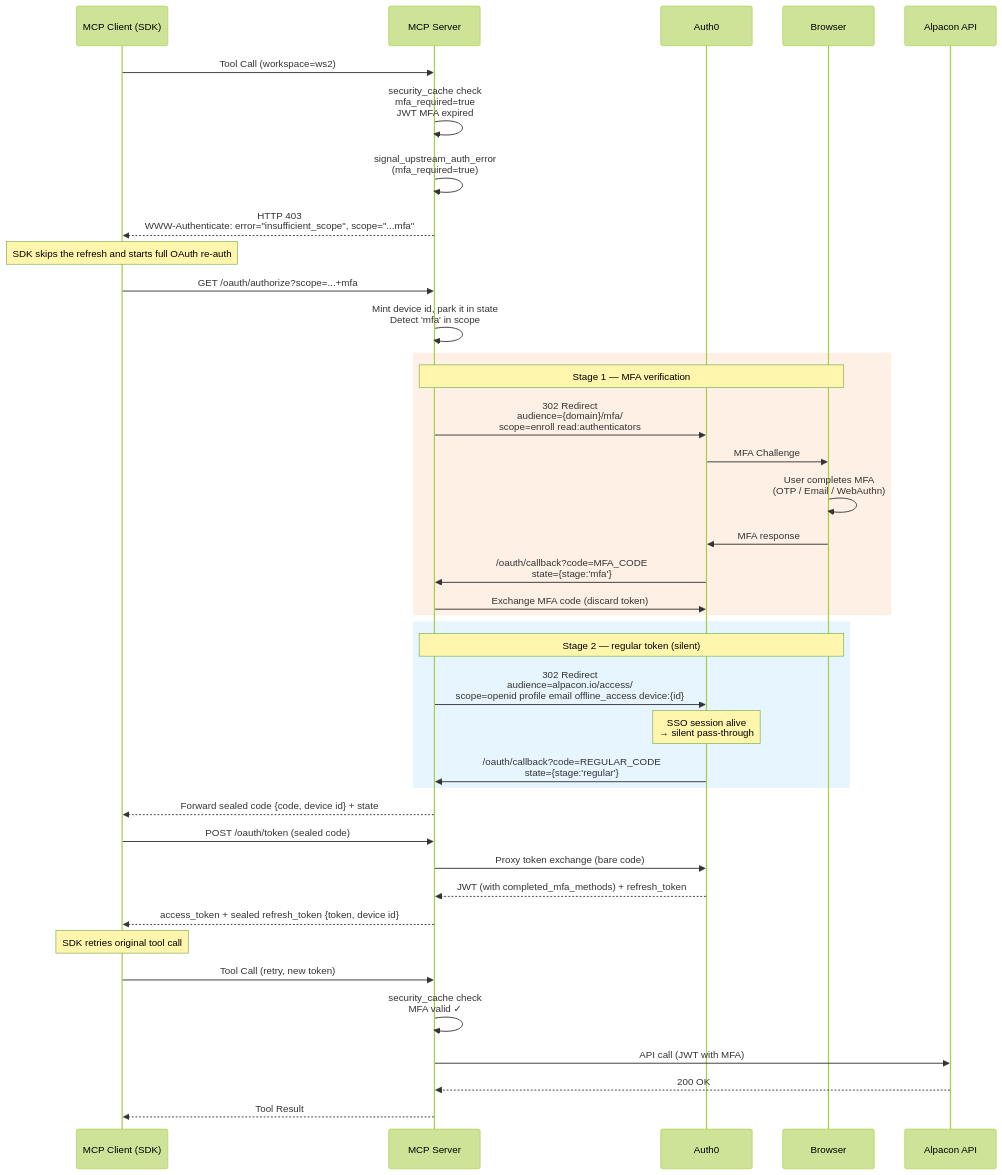
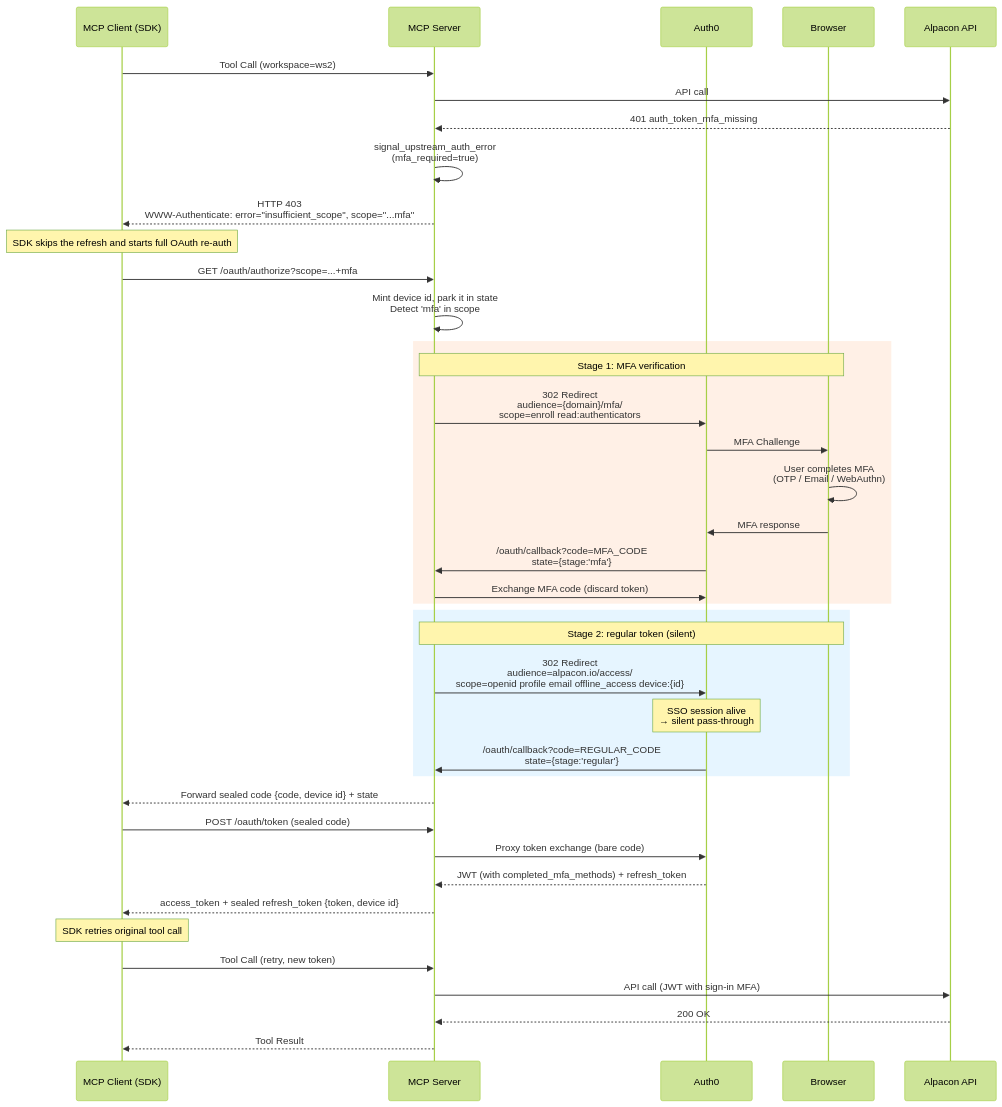
Before and after one commit to alpacax/alpacon-mcp: the second of 2 diagrams in docs/mfa-reauth-flow.md, drawn with Mermaid (forest theme). The commit also changed other lines of this file and 30 other files, not shown here.

First line of the commit message:
fix(auth): answer action MFA with a step-up link instead of a 403

````diff
--- a/docs/mfa-reauth-flow.md
+++ b/docs/mfa-reauth-flow.md
@@ -32,51 +55,50 @@
 ```mermaid
 sequenceDiagram
     participant C as MCP Client (SDK)
     participant S as MCP Server
     participant A0 as Auth0
     participant B as Browser
+    participant API as Alpacon API
 
     C->>S: Tool Call (workspace=ws2)
-    S->>S: security_cache check<br/>mfa_required=true<br/>JWT MFA expired
+    S->>API: API call
+    API-->>S: 401 auth_token_mfa_missing
 
     S->>S: signal_upstream_auth_error<br/>(mfa_required=true)
     S-->>C: HTTP 403<br/>WWW-Authenticate: error="insufficient_scope", scope="...mfa"
 
     Note over C: SDK skips the refresh and starts full OAuth re-auth
 
     C->>S: GET /oauth/authorize?scope=...+mfa
     S->>S: Mint device id, park it in state<br/>Detect 'mfa' in scope
 
     rect rgb(255, 240, 230)
-        Note over S,B: Stage 1 — MFA verification
+        Note over S,B: Stage 1: MFA verification
         S->>A0: 302 Redirect<br/>audience={domain}/mfa/<br/>scope=enroll read:authenticators
         A0->>B: MFA Challenge
         B->>B: User completes MFA<br/>(OTP / Email / WebAuthn)
         B->>A0: MFA response
         A0->>S: /oauth/callback?code=MFA_CODE<br/>state={stage:'mfa'}
         S->>A0: Exchange MFA code (discard token)
     end
 
     rect rgb(230, 245, 255)
-        Note over S,B: Stage 2 — regular token (silent)
+        Note over S,B: Stage 2: regular token (silent)
         S->>A0: 302 Redirect<br/>audience=alpacon.io/access/<br/>scope=openid profile email offline_access device:{id}
         Note over A0: SSO session alive<br/>→ silent pass-through
         A0->>S: /oauth/callback?code=REGULAR_CODE<br/>state={stage:'regular'}
     end
 
     S-->>C: Forward sealed code {code, device id} + state
     C->>S: POST /oauth/token (sealed code)
     S->>A0: Proxy token exchange (bare code)
     A0-->>S: JWT (with completed_mfa_methods) + refresh_token
     S-->>C: access_token + sealed refresh_token {token, device id}
 
     Note over C: SDK retries original tool call
 
     C->>S: Tool Call (retry, new token)
-    S->>S: security_cache check<br/>MFA valid ✓
-
-    participant API as Alpacon API
-    S->>API: API call (JWT with MFA)
+    S->>API: API call (JWT with sign-in MFA)
     API-->>S: 200 OK
     S-->>C: Tool Result
 ```
````
